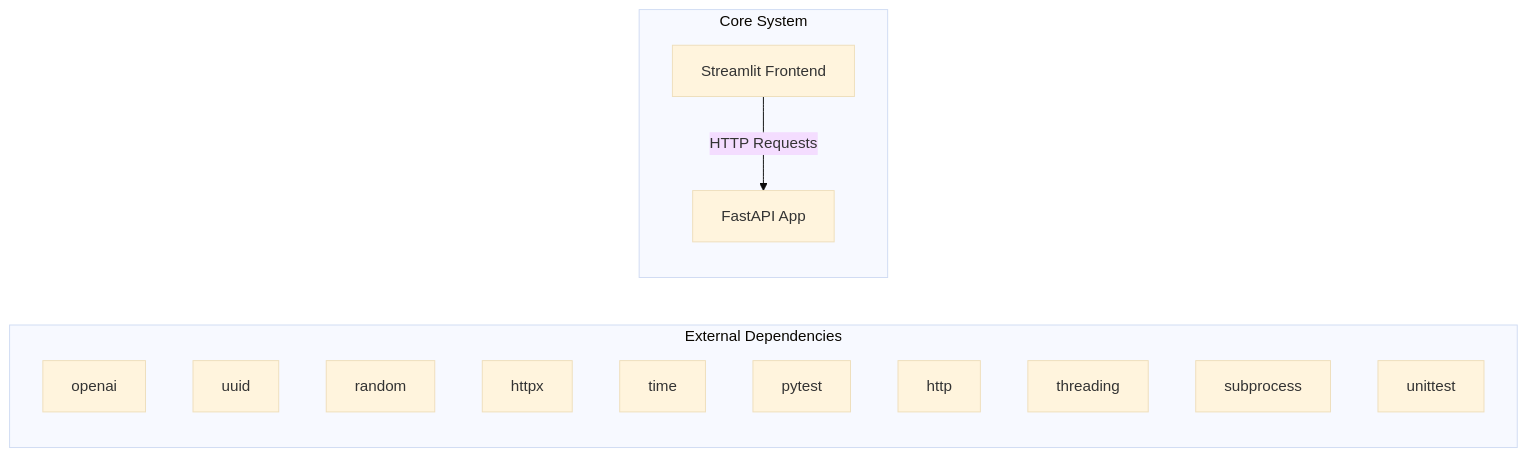
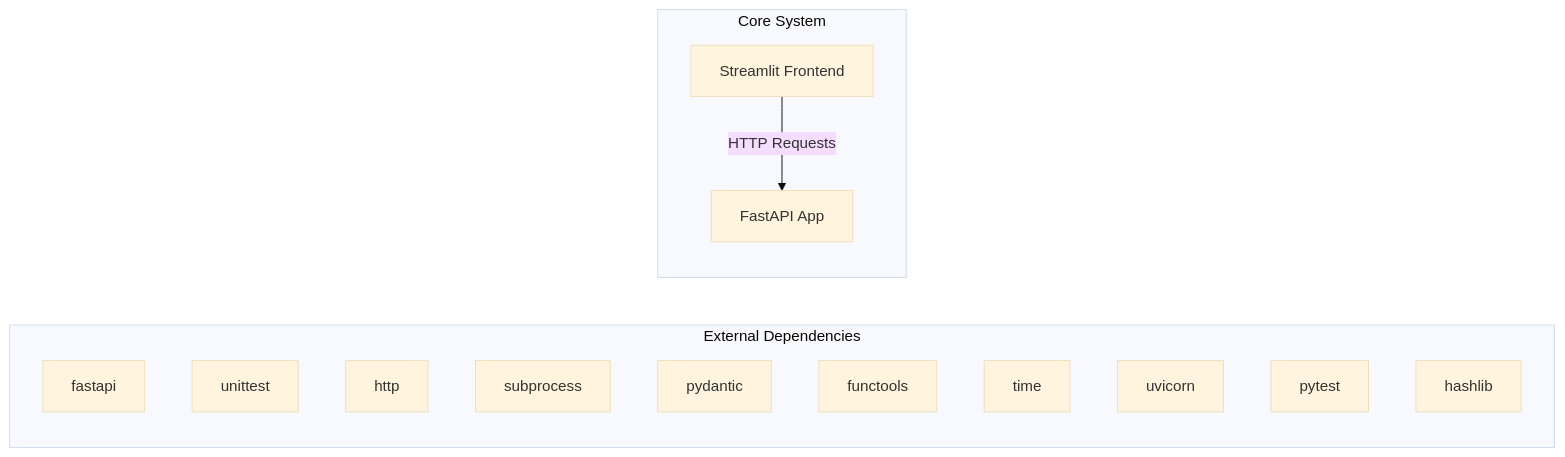
The first of 2 diagrams in docs/architecture.md (NITISH-R-G/rag-context-optimizer), drawn with Mermaid (base theme) before and after one commit. The commit also changed 1 other file, not shown here.

Commit message:
docs: auto-update repository knowledge, architecture diagrams, and documentation

````diff
--- a/docs/architecture.md
+++ b/docs/architecture.md
@@ -7,20 +7,20 @@
 ```mermaid
 graph LR
     subgraph External Dependencies
-        E0["openai"]
-        E1["uuid"]
-        E2["random"]
-        E3["httpx"]
-        E4["time"]
-        E5["pytest"]
-        E6["http"]
-        E7["threading"]
-        E8["subprocess"]
-        E9["unittest"]
+        E0["fastapi"]
+        E1["unittest"]
+        E2["http"]
+        E3["subprocess"]
+        E4["pydantic"]
+        E5["functools"]
+        E6["time"]
+        E7["uvicorn"]
+        E8["pytest"]
+        E9["hashlib"]
     end
     subgraph Core System
         API["FastAPI App"]
         UI["Streamlit Frontend"]
     end
     UI -->|HTTP Requests| API
 ```
````
